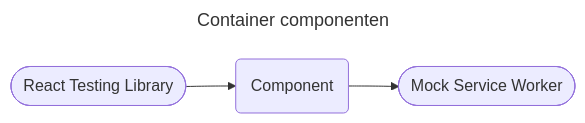
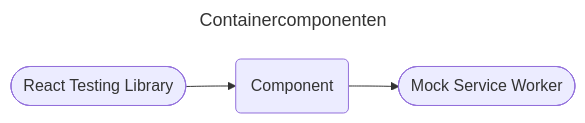
The second of 5 diagrams in documentatie/ontwikkelproces/test-tooling.md (kiesraad/abacus), drawn with Mermaid before and after one commit. The commit also changed other lines of this file, not shown here.

````diff
--- a/documentatie/ontwikkelproces/test-tooling.md
+++ b/documentatie/ontwikkelproces/test-tooling.md
@@ -56,13 +56,13 @@
 ```mermaid
 ---
-title: Container componenten
+title: Containercomponenten
 ---
 flowchart LR
     component(Component)
 
     rtl([React Testing Library])
     msw([Mock Service Worker])
 
     rtl --> component
     component --> msw
 ```
````
